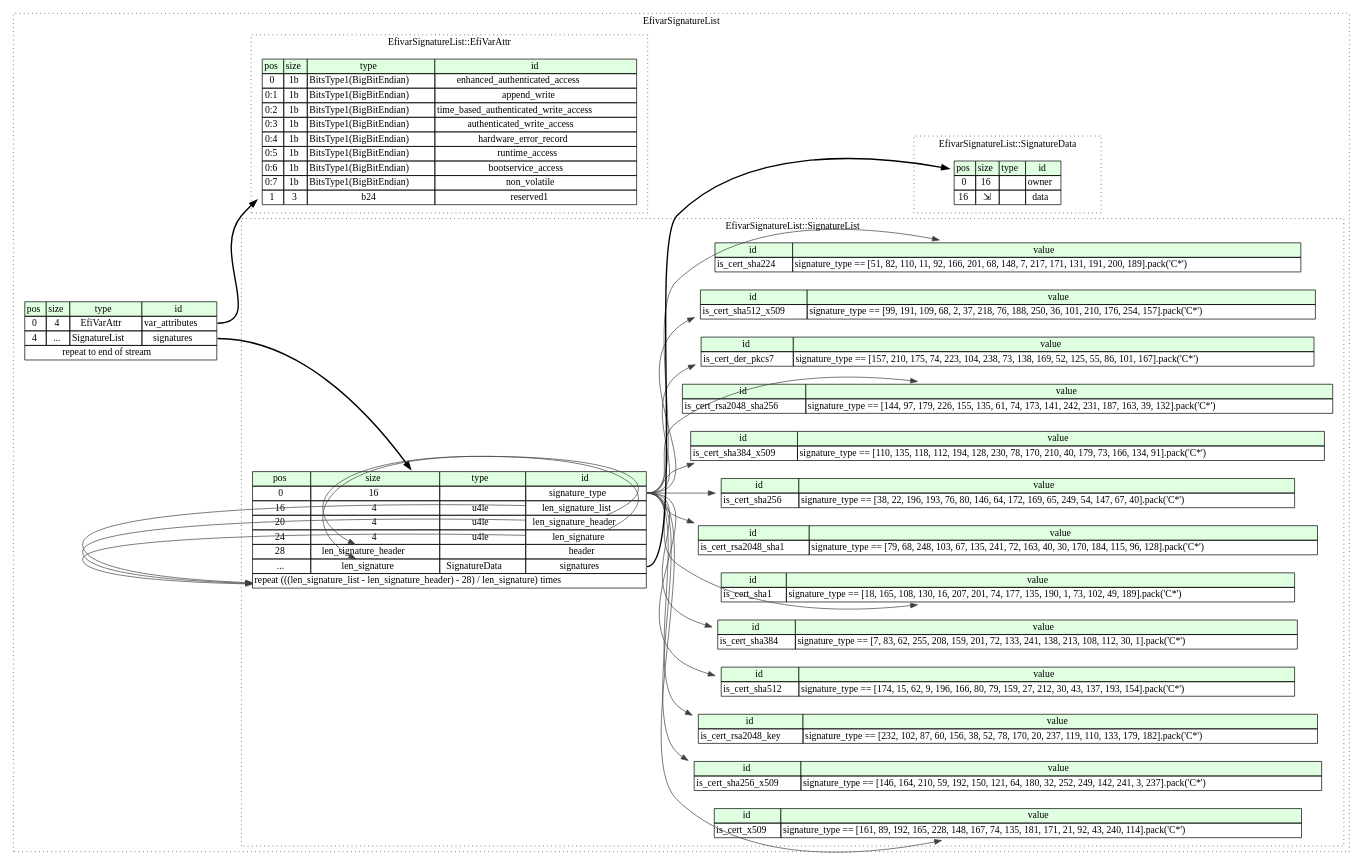
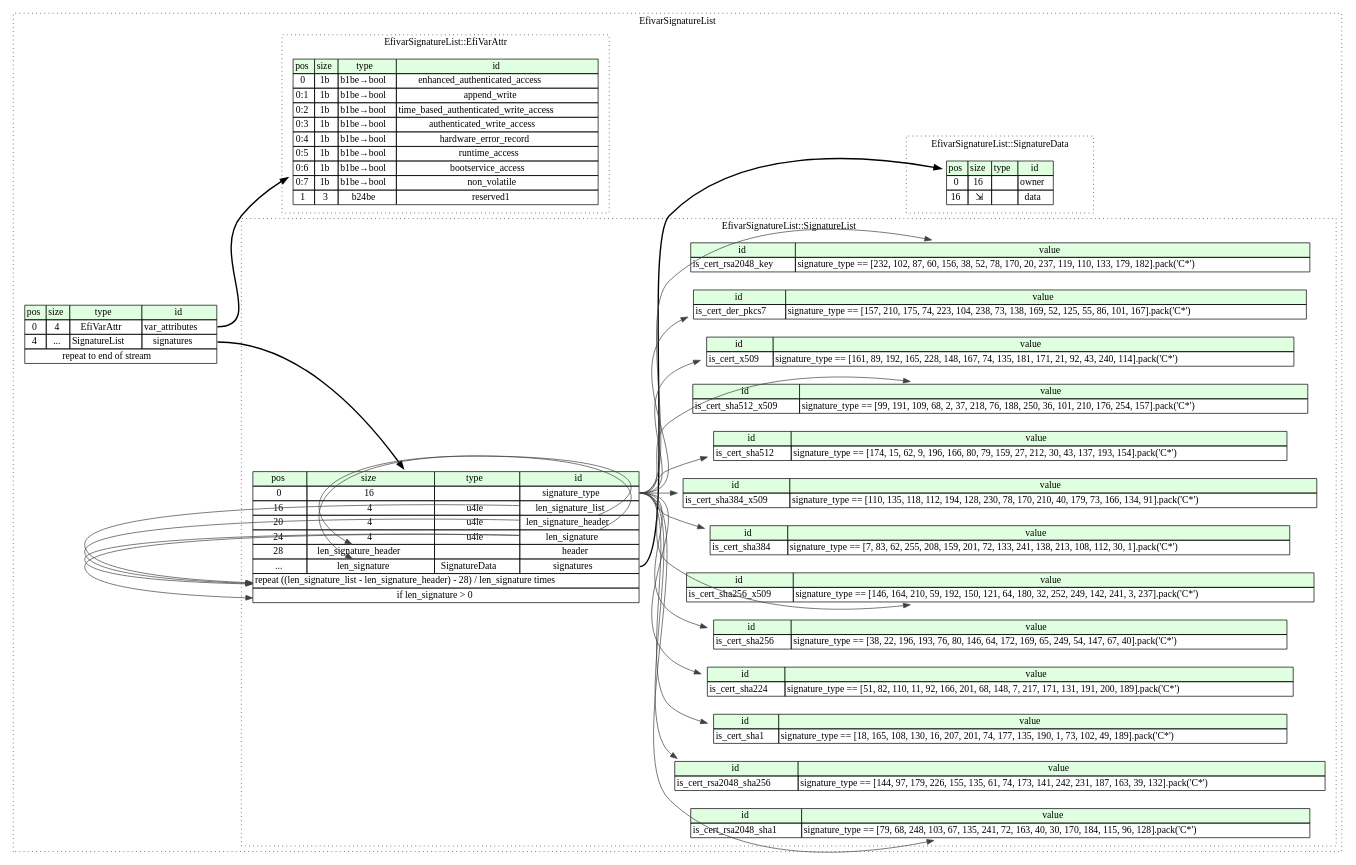
One commit to kaitai-io/formats-kaitai-io.github.io changed the diagram in efivar_signature_list/src/graphviz/efivar_signature_list.dot. Above: the diagram before and after it, drawn with Graphviz. The commit also changed 6539 other files, not shown here.

```diff
--- a/efivar_signature_list/src/graphviz/efivar_signature_list.dot
+++ b/efivar_signature_list/src/graphviz/efivar_signature_list.dot
@@ -11,6 +11,33 @@
 			<TR><TD PORT="signatures_pos">4</TD><TD PORT="signatures_size">...</TD><TD>SignatureList</TD><TD PORT="signatures_type">signatures</TD></TR>
 			<TR><TD COLSPAN="4" PORT="signatures__repeat">repeat to end of stream</TD></TR>
 		</TABLE>>];
+		subgraph cluster__efi_var_attr {
+			label="EfivarSignatureList::EfiVarAttr";
+			graph[style=dotted];
+
+			efi_var_attr__seq [label=<<TABLE BORDER="0" CELLBORDER="1" CELLSPACING="0">
+				<TR><TD BGCOLOR="#E0FFE0">pos</TD><TD BGCOLOR="#E0FFE0">size</TD><TD BGCOLOR="#E0FFE0">type</TD><TD BGCOLOR="#E0FFE0">id</TD></TR>
+				<TR><TD PORT="enhanced_authenticated_access_pos">0</TD><TD PORT="enhanced_authenticated_access_size">1b</TD><TD>b1be→bool</TD><TD PORT="enhanced_authenticated_access_type">enhanced_authenticated_access</TD></TR>
+				<TR><TD PORT="append_write_pos">0:1</TD><TD PORT="append_write_size">1b</TD><TD>b1be→bool</TD><TD PORT="append_write_type">append_write</TD></TR>
+				<TR><TD PORT="time_based_authenticated_write_access_pos">0:2</TD><TD PORT="time_based_authenticated_write_access_size">1b</TD><TD>b1be→bool</TD><TD PORT="time_based_authenticated_write_access_type">time_based_authenticated_write_access</TD></TR>
+				<TR><TD PORT="authenticated_write_access_pos">0:3</TD><TD PORT="authenticated_write_access_size">1b</TD><TD>b1be→bool</TD><TD PORT="authenticated_write_access_type">authenticated_write_access</TD></TR>
+				<TR><TD PORT="hardware_error_record_pos">0:4</TD><TD PORT="hardware_error_record_size">1b</TD><TD>b1be→bool</TD><TD PORT="hardware_error_record_type">hardware_error_record</TD></TR>
+				<TR><TD PORT="runtime_access_pos">0:5</TD><TD PORT="runtime_access_size">1b</TD><TD>b1be→bool</TD><TD PORT="runtime_access_type">runtime_access</TD></TR>
+				<TR><TD PORT="bootservice_access_pos">0:6</TD><TD PORT="bootservice_access_size">1b</TD><TD>b1be→bool</TD><TD PORT="bootservice_access_type">bootservice_access</TD></TR>
+				<TR><TD PORT="non_volatile_pos">0:7</TD><TD PORT="non_volatile_size">1b</TD><TD>b1be→bool</TD><TD PORT="non_volatile_type">non_volatile</TD></TR>
+				<TR><TD PORT="reserved1_pos">1</TD><TD PORT="reserved1_size">3</TD><TD>b24be</TD><TD PORT="reserved1_type">reserved1</TD></TR>
+			</TABLE>>];
+		}
+		subgraph cluster__signature_data {
+			label="EfivarSignatureList::SignatureData";
+			graph[style=dotted];
+
+			signature_data__seq [label=<<TABLE BORDER="0" CELLBORDER="1" CELLSPACING="0">
+				<TR><TD BGCOLOR="#E0FFE0">pos</TD><TD BGCOLOR="#E0FFE0">size</TD><TD BGCOLOR="#E0FFE0">type</TD><TD BGCOLOR="#E0FFE0">id</TD></TR>
+				<TR><TD PORT="owner_pos">0</TD><TD PORT="owner_size">16</TD><TD></TD><TD PORT="owner_type">owner</TD></TR>
+				<TR><TD PORT="data_pos">16</TD><TD PORT="data_size">⇲</TD><TD></TD><TD PORT="data_type">data</TD></TR>
+			</TABLE>>];
+		}
 		subgraph cluster__signature_list {
 			label="EfivarSignatureList::SignatureList";
 			graph[style=dotted];
@@ -23,86 +50,60 @@
 				<TR><TD PORT="len_signature_pos">24</TD><TD PORT="len_signature_size">4</TD><TD>u4le</TD><TD PORT="len_signature_type">len_signature</TD></TR>
 				<TR><TD PORT="header_pos">28</TD><TD PORT="header_size">len_signature_header</TD><TD></TD><TD PORT="header_type">header</TD></TR>
 				<TR><TD PORT="signatures_pos">...</TD><TD PORT="signatures_size">len_signature</TD><TD>SignatureData</TD><TD PORT="signatures_type">signatures</TD></TR>
-				<TR><TD COLSPAN="4" PORT="signatures__repeat">repeat (((len_signature_list - len_signature_header) - 28) / len_signature) times</TD></TR>
+				<TR><TD COLSPAN="4" PORT="signatures__repeat">repeat ((len_signature_list - len_signature_header) - 28) / len_signature times</TD></TR>
+				<TR><TD COLSPAN="4" PORT="signatures__if">if len_signature &gt; 0</TD></TR>
+			</TABLE>>];
+			signature_list__inst__is_cert_der_pkcs7 [label=<<TABLE BORDER="0" CELLBORDER="1" CELLSPACING="0">
+				<TR><TD BGCOLOR="#E0FFE0">id</TD><TD BGCOLOR="#E0FFE0">value</TD></TR>
+				<TR><TD>is_cert_der_pkcs7</TD><TD>signature_type == [157, 210, 175, 74, 223, 104, 238, 73, 138, 169, 52, 125, 55, 86, 101, 167].pack('C*')</TD></TR>
+			</TABLE>>];
+			signature_list__inst__is_cert_rsa2048_key [label=<<TABLE BORDER="0" CELLBORDER="1" CELLSPACING="0">
+				<TR><TD BGCOLOR="#E0FFE0">id</TD><TD BGCOLOR="#E0FFE0">value</TD></TR>
+				<TR><TD>is_cert_rsa2048_key</TD><TD>signature_type == [232, 102, 87, 60, 156, 38, 52, 78, 170, 20, 237, 119, 110, 133, 179, 182].pack('C*')</TD></TR>
+			</TABLE>>];
+			signature_list__inst__is_cert_rsa2048_sha1 [label=<<TABLE BORDER="0" CELLBORDER="1" CELLSPACING="0">
+				<TR><TD BGCOLOR="#E0FFE0">id</TD><TD BGCOLOR="#E0FFE0">value</TD></TR>
+				<TR><TD>is_cert_rsa2048_sha1</TD><TD>signature_type == [79, 68, 248, 103, 67, 135, 241, 72, 163, 40, 30, 170, 184, 115, 96, 128].pack('C*')</TD></TR>
+			</TABLE>>];
+			signature_list__inst__is_cert_rsa2048_sha256 [label=<<TABLE BORDER="0" CELLBORDER="1" CELLSPACING="0">
+				<TR><TD BGCOLOR="#E0FFE0">id</TD><TD BGCOLOR="#E0FFE0">value</TD></TR>
+				<TR><TD>is_cert_rsa2048_sha256</TD><TD>signature_type == [144, 97, 179, 226, 155, 135, 61, 74, 173, 141, 242, 231, 187, 163, 39, 132].pack('C*')</TD></TR>
+			</TABLE>>];
+			signature_list__inst__is_cert_sha1 [label=<<TABLE BORDER="0" CELLBORDER="1" CELLSPACING="0">
+				<TR><TD BGCOLOR="#E0FFE0">id</TD><TD BGCOLOR="#E0FFE0">value</TD></TR>
+				<TR><TD>is_cert_sha1</TD><TD>signature_type == [18, 165, 108, 130, 16, 207, 201, 74, 177, 135, 190, 1, 73, 102, 49, 189].pack('C*')</TD></TR>
+			</TABLE>>];
+			signature_list__inst__is_cert_sha224 [label=<<TABLE BORDER="0" CELLBORDER="1" CELLSPACING="0">
+				<TR><TD BGCOLOR="#E0FFE0">id</TD><TD BGCOLOR="#E0FFE0">value</TD></TR>
+				<TR><TD>is_cert_sha224</TD><TD>signature_type == [51, 82, 110, 11, 92, 166, 201, 68, 148, 7, 217, 171, 131, 191, 200, 189].pack('C*')</TD></TR>
+			</TABLE>>];
+			signature_list__inst__is_cert_sha256 [label=<<TABLE BORDER="0" CELLBORDER="1" CELLSPACING="0">
+				<TR><TD BGCOLOR="#E0FFE0">id</TD><TD BGCOLOR="#E0FFE0">value</TD></TR>
+				<TR><TD>is_cert_sha256</TD><TD>signature_type == [38, 22, 196, 193, 76, 80, 146, 64, 172, 169, 65, 249, 54, 147, 67, 40].pack('C*')</TD></TR>
+			</TABLE>>];
+			signature_list__inst__is_cert_sha256_x509 [label=<<TABLE BORDER="0" CELLBORDER="1" CELLSPACING="0">
+				<TR><TD BGCOLOR="#E0FFE0">id</TD><TD BGCOLOR="#E0FFE0">value</TD></TR>
+				<TR><TD>is_cert_sha256_x509</TD><TD>signature_type == [146, 164, 210, 59, 192, 150, 121, 64, 180, 32, 252, 249, 142, 241, 3, 237].pack('C*')</TD></TR>
+			</TABLE>>];
+			signature_list__inst__is_cert_sha384 [label=<<TABLE BORDER="0" CELLBORDER="1" CELLSPACING="0">
+				<TR><TD BGCOLOR="#E0FFE0">id</TD><TD BGCOLOR="#E0FFE0">value</TD></TR>
+				<TR><TD>is_cert_sha384</TD><TD>signature_type == [7, 83, 62, 255, 208, 159, 201, 72, 133, 241, 138, 213, 108, 112, 30, 1].pack('C*')</TD></TR>
+			</TABLE>>];
+			signature_list__inst__is_cert_sha384_x509 [label=<<TABLE BORDER="0" CELLBORDER="1" CELLSPACING="0">
+				<TR><TD BGCOLOR="#E0FFE0">id</TD><TD BGCOLOR="#E0FFE0">value</TD></TR>
+				<TR><TD>is_cert_sha384_x509</TD><TD>signature_type == [110, 135, 118, 112, 194, 128, 230, 78, 170, 210, 40, 179, 73, 166, 134, 91].pack('C*')</TD></TR>
+			</TABLE>>];
+			signature_list__inst__is_cert_sha512 [label=<<TABLE BORDER="0" CELLBORDER="1" CELLSPACING="0">
+				<TR><TD BGCOLOR="#E0FFE0">id</TD><TD BGCOLOR="#E0FFE0">value</TD></TR>
+				<TR><TD>is_cert_sha512</TD><TD>signature_type == [174, 15, 62, 9, 196, 166, 80, 79, 159, 27, 212, 30, 43, 137, 193, 154].pack('C*')</TD></TR>
 			</TABLE>>];
 			signature_list__inst__is_cert_sha512_x509 [label=<<TABLE BORDER="0" CELLBORDER="1" CELLSPACING="0">
 				<TR><TD BGCOLOR="#E0FFE0">id</TD><TD BGCOLOR="#E0FFE0">value</TD></TR>
 				<TR><TD>is_cert_sha512_x509</TD><TD>signature_type == [99, 191, 109, 68, 2, 37, 218, 76, 188, 250, 36, 101, 210, 176, 254, 157].pack('C*')</TD></TR>
 			</TABLE>>];
-			signature_list__inst__is_cert_sha224 [label=<<TABLE BORDER="0" CELLBORDER="1" CELLSPACING="0">
-				<TR><TD BGCOLOR="#E0FFE0">id</TD><TD BGCOLOR="#E0FFE0">value</TD></TR>
-				<TR><TD>is_cert_sha224</TD><TD>signature_type == [51, 82, 110, 11, 92, 166, 201, 68, 148, 7, 217, 171, 131, 191, 200, 189].pack('C*')</TD></TR>
-			</TABLE>>];
 			signature_list__inst__is_cert_x509 [label=<<TABLE BORDER="0" CELLBORDER="1" CELLSPACING="0">
 				<TR><TD BGCOLOR="#E0FFE0">id</TD><TD BGCOLOR="#E0FFE0">value</TD></TR>
 				<TR><TD>is_cert_x509</TD><TD>signature_type == [161, 89, 192, 165, 228, 148, 167, 74, 135, 181, 171, 21, 92, 43, 240, 114].pack('C*')</TD></TR>
-			</TABLE>>];
-			signature_list__inst__is_cert_sha256_x509 [label=<<TABLE BORDER="0" CELLBORDER="1" CELLSPACING="0">
-				<TR><TD BGCOLOR="#E0FFE0">id</TD><TD BGCOLOR="#E0FFE0">value</TD></TR>
-				<TR><TD>is_cert_sha256_x509</TD><TD>signature_type == [146, 164, 210, 59, 192, 150, 121, 64, 180, 32, 252, 249, 142, 241, 3, 237].pack('C*')</TD></TR>
-			</TABLE>>];
-			signature_list__inst__is_cert_rsa2048_key [label=<<TABLE BORDER="0" CELLBORDER="1" CELLSPACING="0">
-				<TR><TD BGCOLOR="#E0FFE0">id</TD><TD BGCOLOR="#E0FFE0">value</TD></TR>
-				<TR><TD>is_cert_rsa2048_key</TD><TD>signature_type == [232, 102, 87, 60, 156, 38, 52, 78, 170, 20, 237, 119, 110, 133, 179, 182].pack('C*')</TD></TR>
-			</TABLE>>];
-			signature_list__inst__is_cert_sha512 [label=<<TABLE BORDER="0" CELLBORDER="1" CELLSPACING="0">
-				<TR><TD BGCOLOR="#E0FFE0">id</TD><TD BGCOLOR="#E0FFE0">value</TD></TR>
-				<TR><TD>is_cert_sha512</TD><TD>signature_type == [174, 15, 62, 9, 196, 166, 80, 79, 159, 27, 212, 30, 43, 137, 193, 154].pack('C*')</TD></TR>
-			</TABLE>>];
-			signature_list__inst__is_cert_sha384 [label=<<TABLE BORDER="0" CELLBORDER="1" CELLSPACING="0">
-				<TR><TD BGCOLOR="#E0FFE0">id</TD><TD BGCOLOR="#E0FFE0">value</TD></TR>
-				<TR><TD>is_cert_sha384</TD><TD>signature_type == [7, 83, 62, 255, 208, 159, 201, 72, 133, 241, 138, 213, 108, 112, 30, 1].pack('C*')</TD></TR>
-			</TABLE>>];
-			signature_list__inst__is_cert_sha1 [label=<<TABLE BORDER="0" CELLBORDER="1" CELLSPACING="0">
-				<TR><TD BGCOLOR="#E0FFE0">id</TD><TD BGCOLOR="#E0FFE0">value</TD></TR>
-				<TR><TD>is_cert_sha1</TD><TD>signature_type == [18, 165, 108, 130, 16, 207, 201, 74, 177, 135, 190, 1, 73, 102, 49, 189].pack('C*')</TD></TR>
-			</TABLE>>];
-			signature_list__inst__is_cert_rsa2048_sha1 [label=<<TABLE BORDER="0" CELLBORDER="1" CELLSPACING="0">
-				<TR><TD BGCOLOR="#E0FFE0">id</TD><TD BGCOLOR="#E0FFE0">value</TD></TR>
-				<TR><TD>is_cert_rsa2048_sha1</TD><TD>signature_type == [79, 68, 248, 103, 67, 135, 241, 72, 163, 40, 30, 170, 184, 115, 96, 128].pack('C*')</TD></TR>
-			</TABLE>>];
-			signature_list__inst__is_cert_sha256 [label=<<TABLE BORDER="0" CELLBORDER="1" CELLSPACING="0">
-				<TR><TD BGCOLOR="#E0FFE0">id</TD><TD BGCOLOR="#E0FFE0">value</TD></TR>
-				<TR><TD>is_cert_sha256</TD><TD>signature_type == [38, 22, 196, 193, 76, 80, 146, 64, 172, 169, 65, 249, 54, 147, 67, 40].pack('C*')</TD></TR>
-			</TABLE>>];
-			signature_list__inst__is_cert_sha384_x509 [label=<<TABLE BORDER="0" CELLBORDER="1" CELLSPACING="0">
-				<TR><TD BGCOLOR="#E0FFE0">id</TD><TD BGCOLOR="#E0FFE0">value</TD></TR>
-				<TR><TD>is_cert_sha384_x509</TD><TD>signature_type == [110, 135, 118, 112, 194, 128, 230, 78, 170, 210, 40, 179, 73, 166, 134, 91].pack('C*')</TD></TR>
-			</TABLE>>];
-			signature_list__inst__is_cert_rsa2048_sha256 [label=<<TABLE BORDER="0" CELLBORDER="1" CELLSPACING="0">
-				<TR><TD BGCOLOR="#E0FFE0">id</TD><TD BGCOLOR="#E0FFE0">value</TD></TR>
-				<TR><TD>is_cert_rsa2048_sha256</TD><TD>signature_type == [144, 97, 179, 226, 155, 135, 61, 74, 173, 141, 242, 231, 187, 163, 39, 132].pack('C*')</TD></TR>
-			</TABLE>>];
-			signature_list__inst__is_cert_der_pkcs7 [label=<<TABLE BORDER="0" CELLBORDER="1" CELLSPACING="0">
-				<TR><TD BGCOLOR="#E0FFE0">id</TD><TD BGCOLOR="#E0FFE0">value</TD></TR>
-				<TR><TD>is_cert_der_pkcs7</TD><TD>signature_type == [157, 210, 175, 74, 223, 104, 238, 73, 138, 169, 52, 125, 55, 86, 101, 167].pack('C*')</TD></TR>
-			</TABLE>>];
-		}
-		subgraph cluster__signature_data {
-			label="EfivarSignatureList::SignatureData";
-			graph[style=dotted];
-
-			signature_data__seq [label=<<TABLE BORDER="0" CELLBORDER="1" CELLSPACING="0">
-				<TR><TD BGCOLOR="#E0FFE0">pos</TD><TD BGCOLOR="#E0FFE0">size</TD><TD BGCOLOR="#E0FFE0">type</TD><TD BGCOLOR="#E0FFE0">id</TD></TR>
-				<TR><TD PORT="owner_pos">0</TD><TD PORT="owner_size">16</TD><TD></TD><TD PORT="owner_type">owner</TD></TR>
-				<TR><TD PORT="data_pos">16</TD><TD PORT="data_size">⇲</TD><TD></TD><TD PORT="data_type">data</TD></TR>
-			</TABLE>>];
-		}
-		subgraph cluster__efi_var_attr {
-			label="EfivarSignatureList::EfiVarAttr";
-			graph[style=dotted];
-
-			efi_var_attr__seq [label=<<TABLE BORDER="0" CELLBORDER="1" CELLSPACING="0">
-				<TR><TD BGCOLOR="#E0FFE0">pos</TD><TD BGCOLOR="#E0FFE0">size</TD><TD BGCOLOR="#E0FFE0">type</TD><TD BGCOLOR="#E0FFE0">id</TD></TR>
-				<TR><TD PORT="enhanced_authenticated_access_pos">0</TD><TD PORT="enhanced_authenticated_access_size">1b</TD><TD>BitsType1(BigBitEndian)</TD><TD PORT="enhanced_authenticated_access_type">enhanced_authenticated_access</TD></TR>
-				<TR><TD PORT="append_write_pos">0:1</TD><TD PORT="append_write_size">1b</TD><TD>BitsType1(BigBitEndian)</TD><TD PORT="append_write_type">append_write</TD></TR>
-				<TR><TD PORT="time_based_authenticated_write_access_pos">0:2</TD><TD PORT="time_based_authenticated_write_access_size">1b</TD><TD>BitsType1(BigBitEndian)</TD><TD PORT="time_based_authenticated_write_access_type">time_based_authenticated_write_access</TD></TR>
-				<TR><TD PORT="authenticated_write_access_pos">0:3</TD><TD PORT="authenticated_write_access_size">1b</TD><TD>BitsType1(BigBitEndian)</TD><TD PORT="authenticated_write_access_type">authenticated_write_access</TD></TR>
-				<TR><TD PORT="hardware_error_record_pos">0:4</TD><TD PORT="hardware_error_record_size">1b</TD><TD>BitsType1(BigBitEndian)</TD><TD PORT="hardware_error_record_type">hardware_error_record</TD></TR>
-				<TR><TD PORT="runtime_access_pos">0:5</TD><TD PORT="runtime_access_size">1b</TD><TD>BitsType1(BigBitEndian)</TD><TD PORT="runtime_access_type">runtime_access</TD></TR>
-				<TR><TD PORT="bootservice_access_pos">0:6</TD><TD PORT="bootservice_access_size">1b</TD><TD>BitsType1(BigBitEndian)</TD><TD PORT="bootservice_access_type">bootservice_access</TD></TR>
-				<TR><TD PORT="non_volatile_pos">0:7</TD><TD PORT="non_volatile_size">1b</TD><TD>BitsType1(BigBitEndian)</TD><TD PORT="non_volatile_type">non_volatile</TD></TR>
-				<TR><TD PORT="reserved1_pos">1</TD><TD PORT="reserved1_size">3</TD><TD>b24</TD><TD PORT="reserved1_type">reserved1</TD></TR>
 			</TABLE>>];
 		}
 	}
@@ -114,17 +115,18 @@
 	signature_list__seq:len_signature_list_type -> signature_list__seq:signatures__repeat [color="#404040"];
 	signature_list__seq:len_signature_header_type -> signature_list__seq:signatures__repeat [color="#404040"];
 	signature_list__seq:len_signature_type -> signature_list__seq:signatures__repeat [color="#404040"];
+	signature_list__seq:len_signature_type -> signature_list__seq:signatures__if [color="#404040"];
+	signature_list__seq:signature_type_type -> signature_list__inst__is_cert_der_pkcs7 [color="#404040"];
+	signature_list__seq:signature_type_type -> signature_list__inst__is_cert_rsa2048_key [color="#404040"];
+	signature_list__seq:signature_type_type -> signature_list__inst__is_cert_rsa2048_sha1 [color="#404040"];
+	signature_list__seq:signature_type_type -> signature_list__inst__is_cert_rsa2048_sha256 [color="#404040"];
+	signature_list__seq:signature_type_type -> signature_list__inst__is_cert_sha1 [color="#404040"];
+	signature_list__seq:signature_type_type -> signature_list__inst__is_cert_sha224 [color="#404040"];
+	signature_list__seq:signature_type_type -> signature_list__inst__is_cert_sha256 [color="#404040"];
+	signature_list__seq:signature_type_type -> signature_list__inst__is_cert_sha256_x509 [color="#404040"];
+	signature_list__seq:signature_type_type -> signature_list__inst__is_cert_sha384 [color="#404040"];
+	signature_list__seq:signature_type_type -> signature_list__inst__is_cert_sha384_x509 [color="#404040"];
+	signature_list__seq:signature_type_type -> signature_list__inst__is_cert_sha512 [color="#404040"];
 	signature_list__seq:signature_type_type -> signature_list__inst__is_cert_sha512_x509 [color="#404040"];
-	signature_list__seq:signature_type_type -> signature_list__inst__is_cert_sha224 [color="#404040"];
 	signature_list__seq:signature_type_type -> signature_list__inst__is_cert_x509 [color="#404040"];
-	signature_list__seq:signature_type_type -> signature_list__inst__is_cert_sha256_x509 [color="#404040"];
-	signature_list__seq:signature_type_type -> signature_list__inst__is_cert_rsa2048_key [color="#404040"];
-	signature_list__seq:signature_type_type -> signature_list__inst__is_cert_sha512 [color="#404040"];
-	signature_list__seq:signature_type_type -> signature_list__inst__is_cert_sha384 [color="#404040"];
-	signature_list__seq:signature_type_type -> signature_list__inst__is_cert_sha1 [color="#404040"];
-	signature_list__seq:signature_type_type -> signature_list__inst__is_cert_rsa2048_sha1 [color="#404040"];
-	signature_list__seq:signature_type_type -> signature_list__inst__is_cert_sha256 [color="#404040"];
-	signature_list__seq:signature_type_type -> signature_list__inst__is_cert_sha384_x509 [color="#404040"];
-	signature_list__seq:signature_type_type -> signature_list__inst__is_cert_rsa2048_sha256 [color="#404040"];
-	signature_list__seq:signature_type_type -> signature_list__inst__is_cert_der_pkcs7 [color="#404040"];
 }
```
